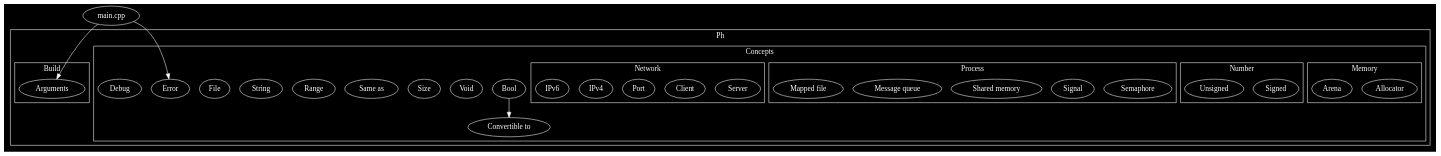
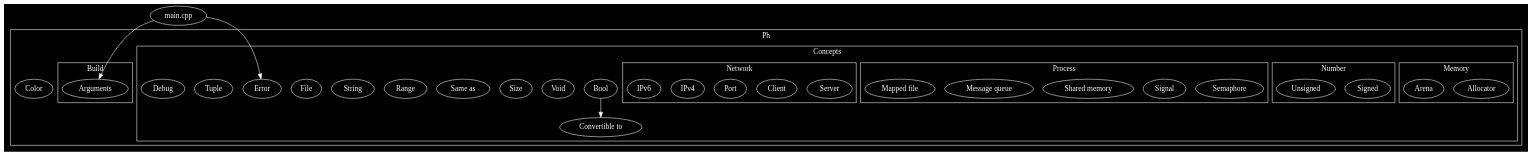
One commit to phiwen96/ph changed the first of 9 diagrams in README.md. Above: the diagram before and after it, drawn with Graphviz. The commit also changed 9 other files, not shown here.

```diff
--- a/README.md
+++ b/README.md
@@ -67,6 +67,7 @@
 			"String";
 			"File";
 			"Error";
+			"Tuple";
 			
 			"Debug";
 
@@ -116,6 +117,8 @@
 			"Arguments";
 			
 		}
+
+		"Color"
 	}
 
 	"main.cpp" -> "Arguments"
```
